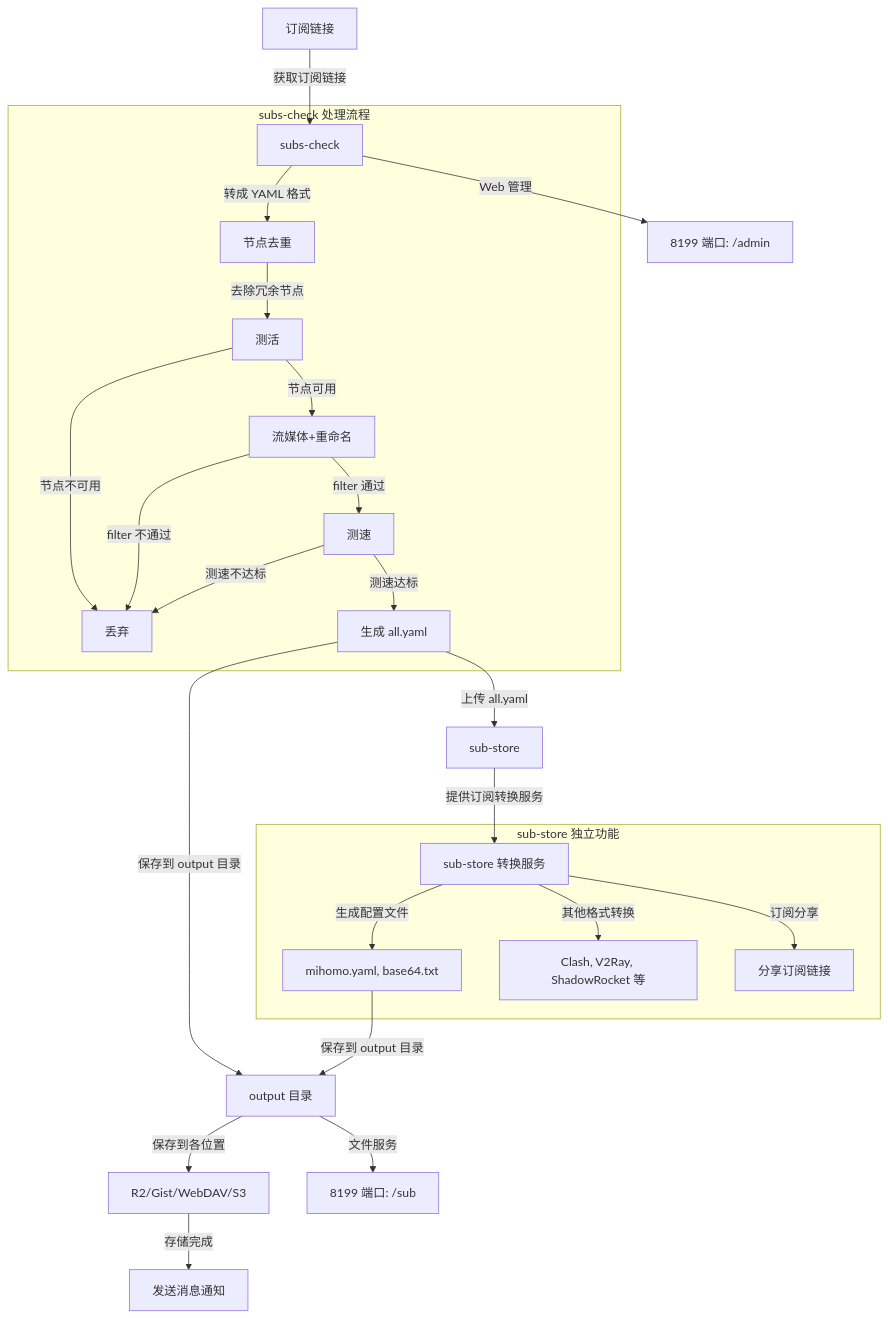
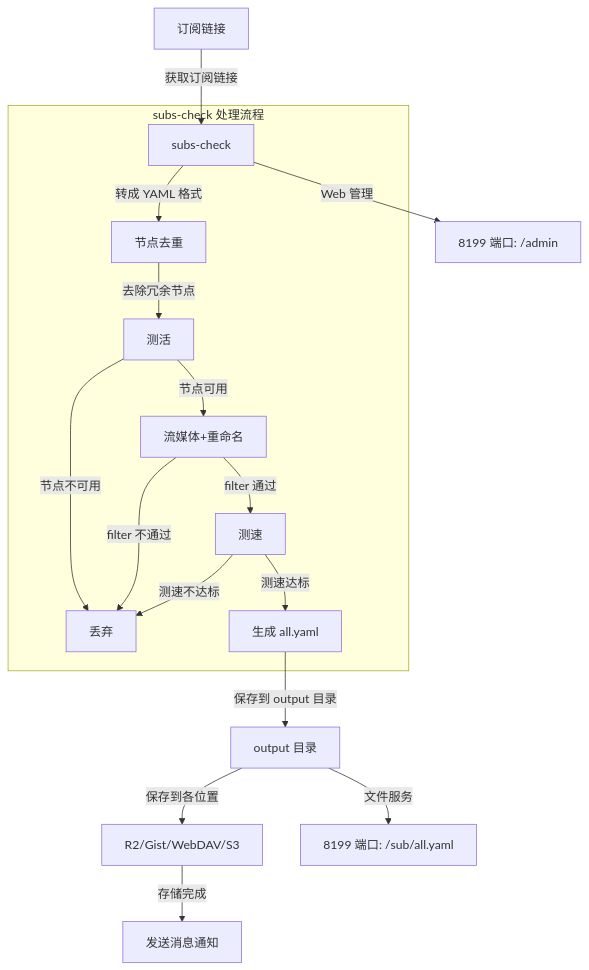
The diagram in README.md (rongrong13/sub-test-max), drawn with Mermaid before and after one commit. The commit also changed other lines of this file and 33 other files, not shown here.

First line of the commit message:
feat: 移除内置 sub-store,大幅瘦身二进制与镜像

````diff
--- a/README.md
+++ b/README.md
@@ -245,27 +206,19 @@
 ```mermaid
 graph TD
     A[订阅链接] -->|获取订阅链接| B[subs-check]
     subgraph subs-check 处理流程
         B -->|转成 YAML 格式| B1[节点去重]
         B1 -->|去除冗余节点| B2[测活]
         B2 -->|节点可用| B3[流媒体+重命名]
         B2 -->|节点不可用| X[丢弃]
         B3 -->|filter 通过| B4[测速]
         B3 -->|filter 不通过| X[丢弃]
         B4 -->|测速达标| B5[生成 all.yaml]
         B4 -->|测速不达标| X[丢弃]
     end
     B5 -->|保存到 output 目录| C[output 目录]
-    B5 -->|上传 all.yaml| D[sub-store]
     C -->|保存到各位置| H1[R2/Gist/WebDAV/S3]
     H1 -->|存储完成| H2[发送消息通知]
-    D -->|提供订阅转换服务| E[sub-store 转换服务]
-    subgraph sub-store 独立功能
-        E -->|生成配置文件| E1[mihomo.yaml, base64.txt]
-        E -->|其他格式转换| E2[Clash, V2Ray, ShadowRocket 等]
-        E -->|订阅分享| E3[分享订阅链接]
-    end
-    E1 -->|保存到 output 目录| C
-    C -->|文件服务| F[8199 端口: /sub]
+    C -->|文件服务| F[8199 端口: /sub/all.yaml]
     B -->|Web 管理| G[8199 端口: /admin]
 ``` 
````
